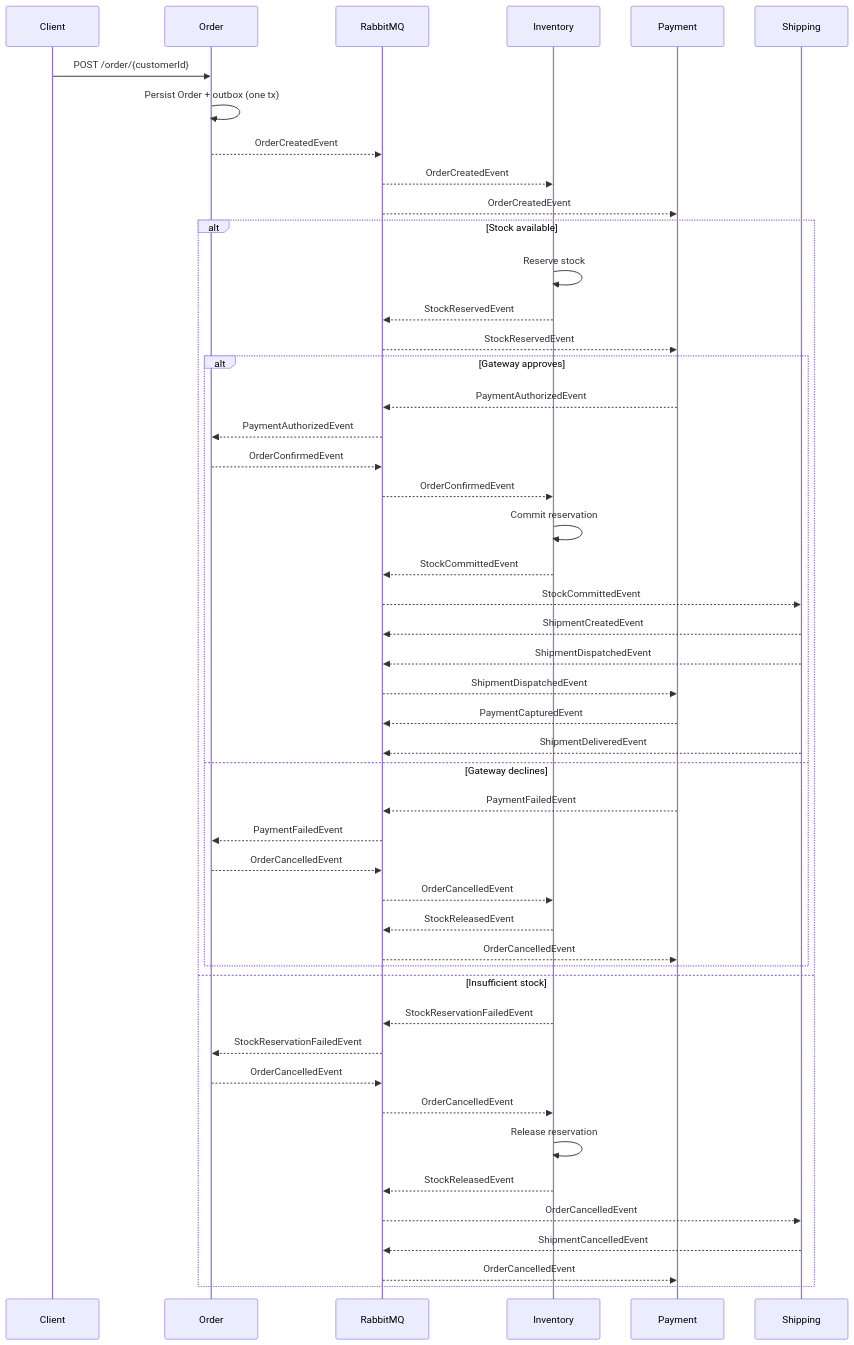
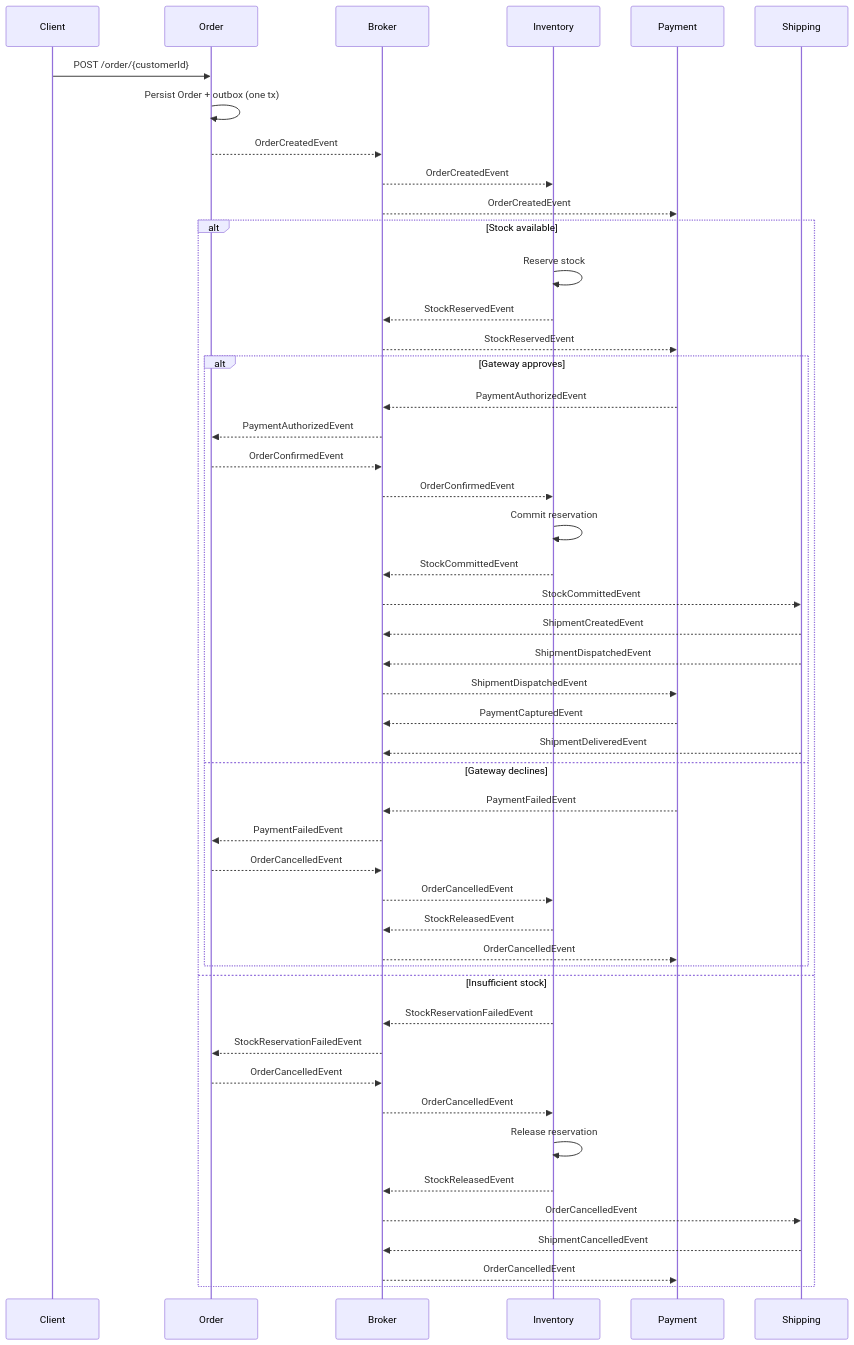
The second of 3 diagrams in docs/wiki/Architecture.md (daonhan/Microservices-in-.NET), drawn with Mermaid before and after one commit. The commit also changed other lines of this file and 16 other files, not shown here.

````diff
--- a/docs/wiki/Architecture.md
+++ b/docs/wiki/Architecture.md
@@ -55,51 +55,51 @@
 ```mermaid
 sequenceDiagram
     participant Client
     participant Order
-    participant Bus as RabbitMQ
+    participant Bus as Broker
     participant Inventory
     participant Payment
     participant Shipping
 
     Client->>Order: POST /order/{customerId}
     Order->>Order: Persist Order + outbox (one tx)
     Order-->>Bus: OrderCreatedEvent
     Bus-->>Inventory: OrderCreatedEvent
     Bus-->>Payment: OrderCreatedEvent
     alt Stock available
         Inventory->>Inventory: Reserve stock
         Inventory-->>Bus: StockReservedEvent
         Bus-->>Payment: StockReservedEvent
         alt Gateway approves
             Payment-->>Bus: PaymentAuthorizedEvent
             Bus-->>Order: PaymentAuthorizedEvent
             Order-->>Bus: OrderConfirmedEvent
             Bus-->>Inventory: OrderConfirmedEvent
             Inventory->>Inventory: Commit reservation
             Inventory-->>Bus: StockCommittedEvent
             Bus-->>Shipping: StockCommittedEvent
             Shipping-->>Bus: ShipmentCreatedEvent
             Shipping-->>Bus: ShipmentDispatchedEvent
             Bus-->>Payment: ShipmentDispatchedEvent
             Payment-->>Bus: PaymentCapturedEvent
             Shipping-->>Bus: ShipmentDeliveredEvent
         else Gateway declines
             Payment-->>Bus: PaymentFailedEvent
             Bus-->>Order: PaymentFailedEvent
             Order-->>Bus: OrderCancelledEvent
             Bus-->>Inventory: OrderCancelledEvent
             Inventory-->>Bus: StockReleasedEvent
             Bus-->>Payment: OrderCancelledEvent
         end
     else Insufficient stock
         Inventory-->>Bus: StockReservationFailedEvent
         Bus-->>Order: StockReservationFailedEvent
         Order-->>Bus: OrderCancelledEvent
         Bus-->>Inventory: OrderCancelledEvent
         Inventory->>Inventory: Release reservation
         Inventory-->>Bus: StockReleasedEvent
         Bus-->>Shipping: OrderCancelledEvent
         Shipping-->>Bus: ShipmentCancelledEvent
         Bus-->>Payment: OrderCancelledEvent
     end
 ```
````
